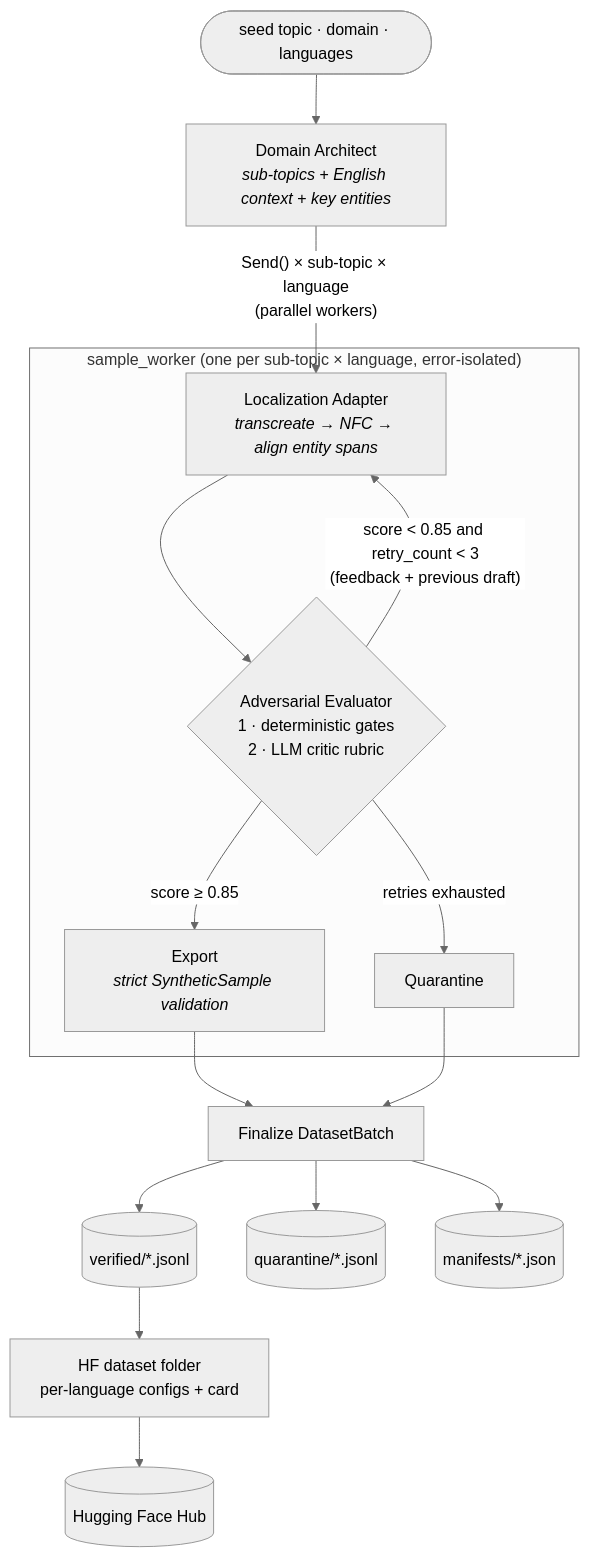
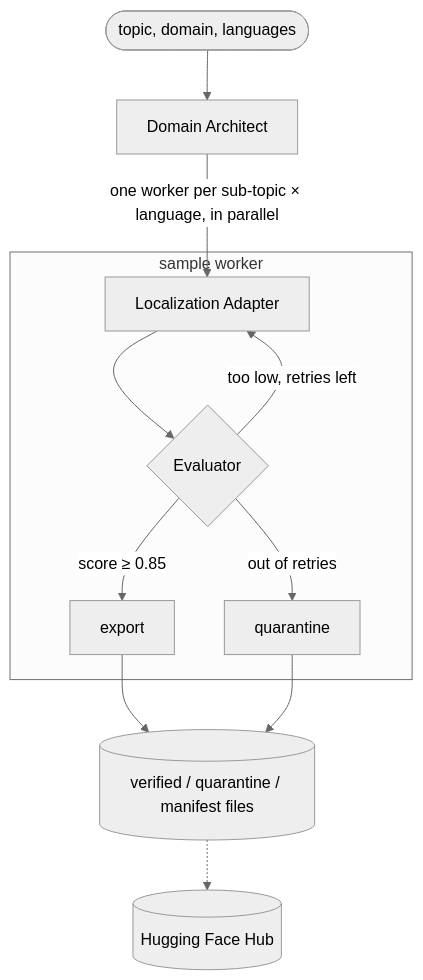
The diagram in README.md (Manishmaurya89/PolyGlot-Synth), drawn with Mermaid (neutral theme) before and after one commit. The commit also changed other lines of this file and 15 other files, not shown here.

````diff
--- a/README.md
+++ b/README.md
@@ -17,20 +17,16 @@
 ```mermaid
 flowchart TD
-    IN([seed topic · domain · languages]) --> ARCH[Domain Architect<br/><i>sub-topics + English context + key entities</i>]
-    ARCH -->|"Send() × sub-topic × language<br/>(parallel workers)"| LOC
+    IN([topic, domain, languages]) --> ARCH[Domain Architect]
+    ARCH -->|"one worker per sub-topic × language, in parallel"| LOC
 
-    subgraph WORKER["sample_worker (one per sub-topic × language, error-isolated)"]
-        LOC[Localization Adapter<br/><i>transcreate → NFC → align entity spans</i>] --> EVAL
-        EVAL{Adversarial Evaluator<br/>1 · deterministic gates<br/>2 · LLM critic rubric}
-        EVAL -->|"score ≥ 0.85"| EXP[Export<br/><i>strict SyntheticSample validation</i>]
-        EVAL -->|"score < 0.85 and retry_count < 3<br/>(feedback + previous draft)"| LOC
-        EVAL -->|"retries exhausted"| QUA[Quarantine]
+    subgraph WORKER[sample worker]
+        LOC[Localization Adapter] --> EVAL{Evaluator}
+        EVAL -->|"score ≥ 0.85"| EXP[export]
+        EVAL -->|"too low, retries left"| LOC
+        EVAL -->|"out of retries"| QUA[quarantine]
     end
 
-    EXP --> FIN[Finalize DatasetBatch]
-    QUA --> FIN
-    FIN --> V[(verified/*.jsonl)]
-    FIN --> Q[(quarantine/*.jsonl)]
-    FIN --> M[(manifests/*.json)]
-    V --> HF[HF dataset folder<br/>per-language configs + card] --> HUB[(Hugging Face Hub)]
+    EXP --> OUT[(verified / quarantine / manifest files)]
+    QUA --> OUT
+    OUT -.-> HUB[(Hugging Face Hub)]
 ```
````
